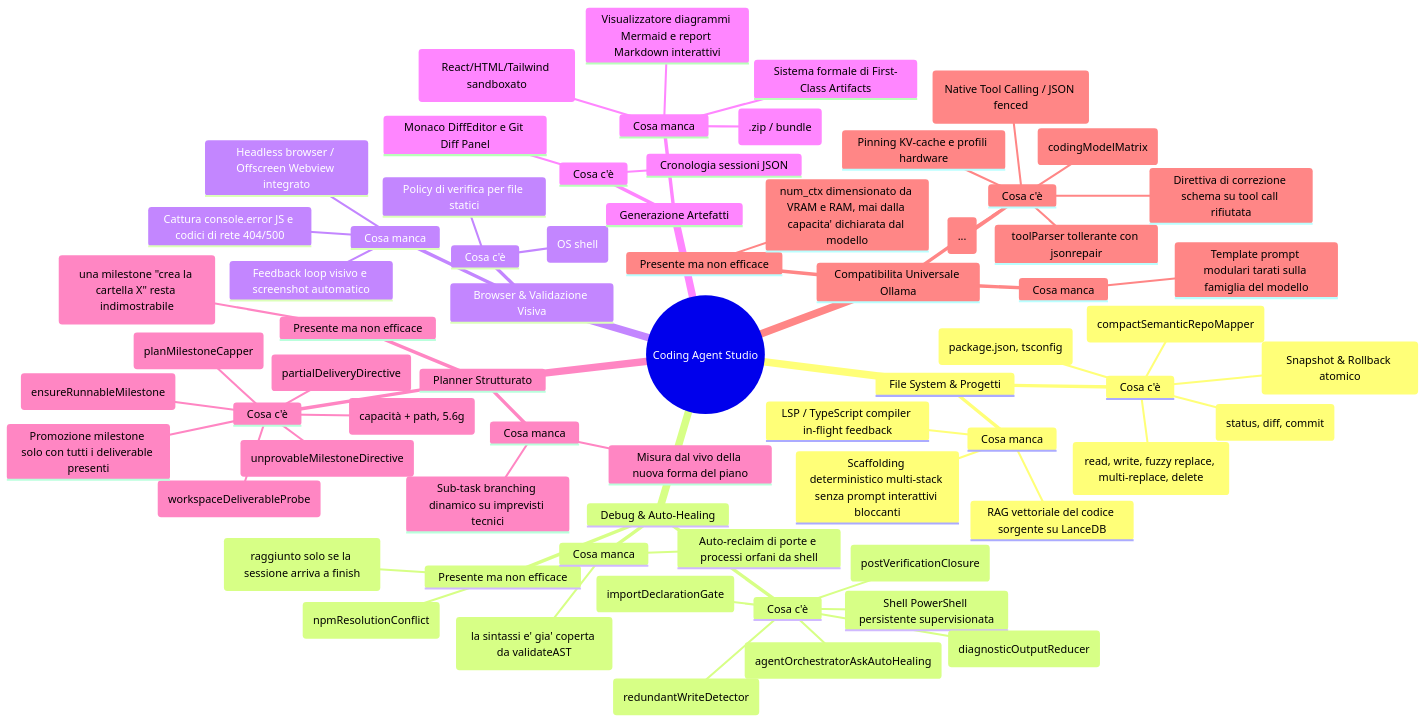
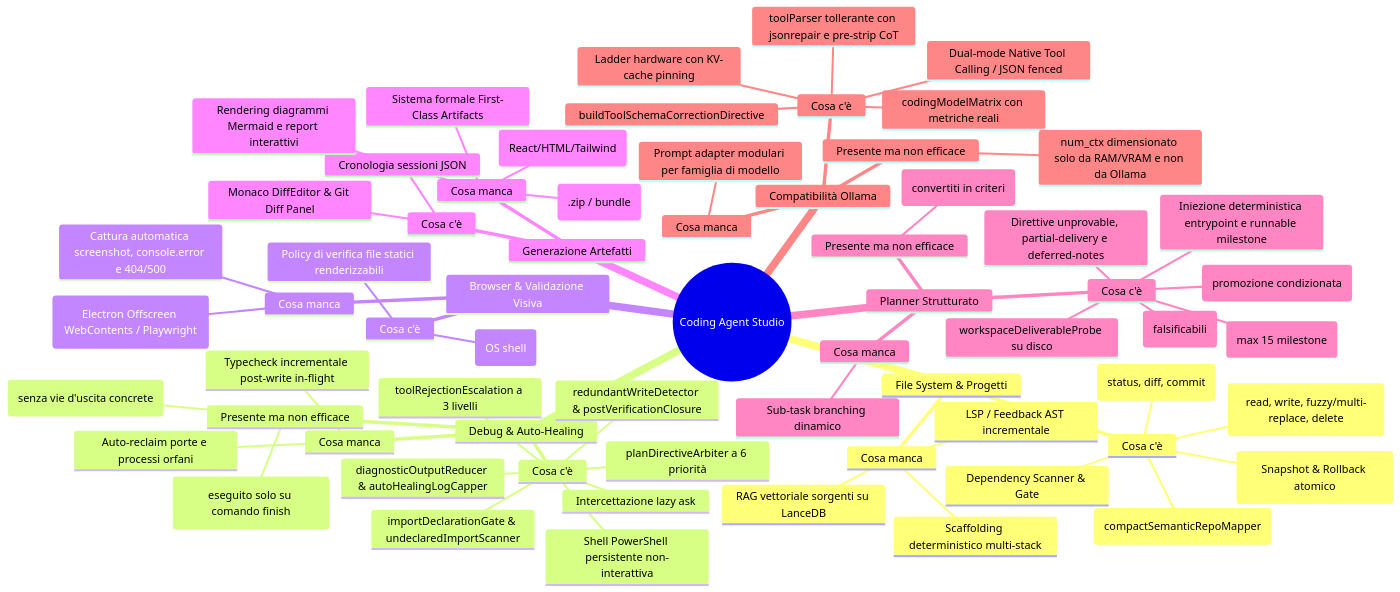
One commit to dennidalpos/OnlyRagV2 changed the first of 2 diagrams in docs/coding-agent-studio-blueprint.md. Above: the diagram before and after it, drawn with Mermaid. The commit also changed other lines of this file and 2 other files, not shown here.

````diff
--- a/docs/coding-agent-studio-blueprint.md
+++ b/docs/coding-agent-studio-blueprint.md
@@ -11,72 +11,69 @@
 ```mermaid
 mindmap
   root((Coding Agent Studio))
     File System & Progetti
       Cosa c'è
-        Tool I/O completi (read, write, fuzzy replace, multi-replace, delete)
+        Tool I/O atomici completi (read, write, fuzzy/multi-replace, delete)
         AtomicWorkspaceJournal (Snapshot & Rollback atomico)
         AST Repo Map (compactSemanticRepoMapper)
-        Dependency Scanner (package.json, tsconfig)
+        Dependency Scanner & Gate
         Git Toolchain (status, diff, commit)
       Cosa manca
-        RAG vettoriale del codice sorgente su LanceDB
-        Scaffolding deterministico multi-stack senza prompt interattivi bloccanti
-        LSP / TypeScript compiler in-flight feedback
+        RAG vettoriale sorgenti su LanceDB
+        Scaffolding deterministico multi-stack
+        LSP / Feedback AST incrementale
     Debug & Auto-Healing
       Cosa c'è
-        Shell PowerShell persistente supervisionata
-        Riduzione diagnostica stack trace (diagnosticOutputReducer)
-        Intercettazione lazy ask (agentOrchestratorAskAutoHealing)
-        Gate import non dichiarati post-write (importDeclarationGate)
-        Scrittura a vuoto riconosciuta come no-op (redundantWriteDetector)
-        Stato di chiusura dichiarabile a build verde (postVerificationClosure)
+        Shell PowerShell persistente non-interattiva
+        diagnosticOutputReducer & autoHealingLogCapper
+        Intercettazione lazy ask
+        importDeclarationGate & undeclaredImportScanner
+        redundantWriteDetector & postVerificationClosure
+        planDirectiveArbiter a 6 priorità
+        toolRejectionEscalation a 3 livelli
       Presente ma non efficace
-        Definition of Done Gate su build reale (raggiunto solo se la sessione arriva a finish)
-        Recupero dai conflitti npm ERESOLVE (npmResolutionConflict)
+        DoD Gate isolato (eseguito solo su comando finish)
+        Loop detector solo restrittivo (senza vie d'uscita concrete)
       Cosa manca
-        Typecheck incrementale post-write (la sintassi e' gia' coperta da validateAST)
-        Auto-reclaim di porte e processi orfani da shell
+        Typecheck incrementale post-write in-flight
+        Auto-reclaim porte e processi orfani
     Browser & Validazione Visiva
       Cosa c'è
         open_in_browser esterno (OS shell)
-        Policy di verifica per file statici
+        Policy di verifica file statici renderizzabili
       Cosa manca
-        Feedback loop visivo e screenshot automatico
-        Cattura console.error JS e codici di rete 404/500
-        Headless browser / Offscreen Webview integrato
+        Runner headless (Electron Offscreen WebContents / Playwright)
+        Cattura automatica screenshot, console.error e 404/500
     Generazione Artefatti
       Cosa c'è
-        Monaco DiffEditor e Git Diff Panel
+        Monaco DiffEditor & Git Diff Panel
         Cronologia sessioni JSON
       Cosa manca
-        Sistema formale di First-Class Artifacts
-        Pannello UI Live Preview (React/HTML/Tailwind sandboxato)
-        Visualizzatore diagrammi Mermaid e report Markdown interattivi
+        Sistema formale First-Class Artifacts
+        Live Preview sandboxata (React/HTML/Tailwind)
+        Rendering diagrammi Mermaid e report interattivi
         1-Click Export (.zip / bundle)
     Planner Strutturato
       Cosa c'è
-        Parser canonico e capping a 15 milestone (planMilestoneCapper)
-        Probe su disco per deliverable reali (workspaceDeliverableProbe)
-        Promozione milestone solo con tutti i deliverable presenti
-        Direttiva dedicata per milestone senza artefatto (unprovableMilestoneDirective)
-        Elenco dei deliverable ancora mancanti dopo una consegna parziale (partialDeliveryDirective)
-        Microtask che dichiarano la capacità e nominano il file (capacità + path, 5.6g)
-        Milestone del controllo di progetto appesa dalla compilazione (ensureRunnableMilestone)
+        GoalDecompositionPlanner (max 15 milestone)
+        workspaceDeliverableProbe su disco
+        milestoneUpdateAuthority (promozione condizionata)
+        Iniezione deterministica entrypoint e runnable milestone
+        Microtask capacità + path (falsificabili)
+        Direttive unprovable, partial-delivery e deferred-notes
       Presente ma non efficace
-        Deliverable di directory non riconosciuti (una milestone "crea la cartella X" resta indimostrabile)
+        Deliverable cartella nuda (convertiti in criteri)
       Cosa manca
-        Misura dal vivo della nuova forma del piano
-        Sub-task branching dinamico su imprevisti tecnici
-    Compatibilita Universale Ollama
+        Sub-task branching dinamico
+    Compatibilità Ollama
       Cosa c'è
-        toolParser tollerante con jsonrepair
-        Pre-stripping tag CoT (<think>...</think>)
-        Dual-mode routing (Native Tool Calling / JSON fenced)
-        Pinning KV-cache e profili hardware
-        Direttiva di correzione schema su tool call rifiutata
-        Matrice modelli verificati con badge e metriche reali (codingModelMatrix)
+        toolParser tollerante con jsonrepair e pre-strip CoT
+        Dual-mode Native Tool Calling / JSON fenced
+        Ladder hardware con KV-cache pinning
+        buildToolSchemaCorrectionDirective
+        codingModelMatrix con metriche reali
       Presente ma non efficace
-        num_ctx dimensionato da VRAM e RAM, mai dalla capacita' dichiarata dal modello
+        num_ctx dimensionato solo da RAM/VRAM e non da Ollama
       Cosa manca
-        Template prompt modulari tarati sulla famiglia del modello
+        Prompt adapter modulari per famiglia di modello
 ```
````
